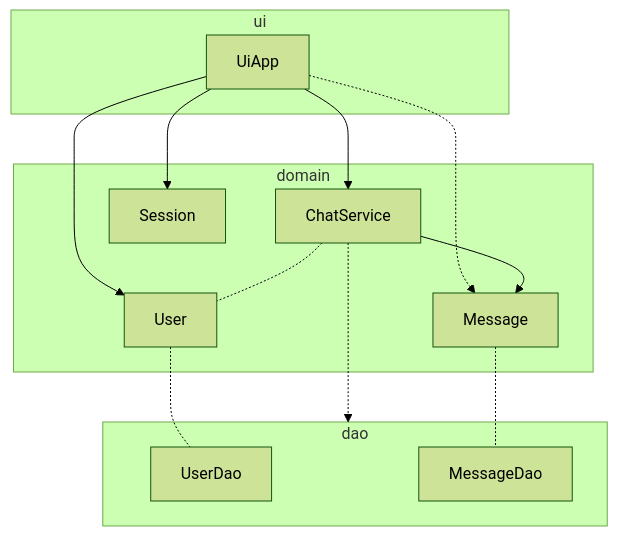
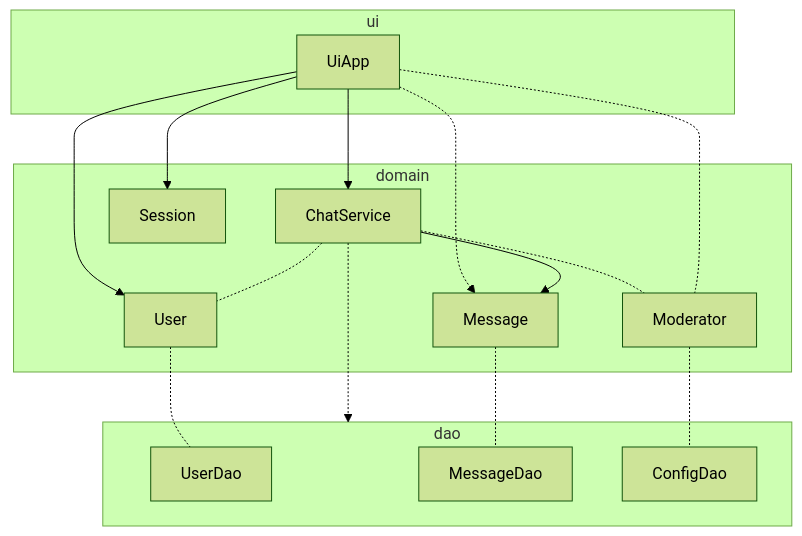
Before and after one commit to EljasV/ot-chat: the second of 2 diagrams in dokumentaatio/arkkitehtuuri.md, drawn with Mermaid (forest theme).

Commit message:
Update architecture document

`````diff
--- a/dokumentaatio/arkkitehtuuri.md
+++ b/dokumentaatio/arkkitehtuuri.md
@@ -25,25 +25,30 @@
 ````mermaid
 flowchart
     subgraph ui
         UiApp
     end
     subgraph domain
         ChatService
         Session
         User
         Message
+        Moderator
     end
     subgraph dao
         UserDao
         MessageDao
+        ConfigDao
     end
     UiApp --> ChatService
     UiApp --> Session
     UiApp --> User
     ChatService -.-> dao
     User -.- UserDao
     ChatService -.- User
     UiApp -.-> Message
     Message -.- MessageDao
     ChatService -->Message
+    ChatService -.- Moderator
+    UiApp -.- Moderator
+    Moderator -.- ConfigDao
 ````
`````
